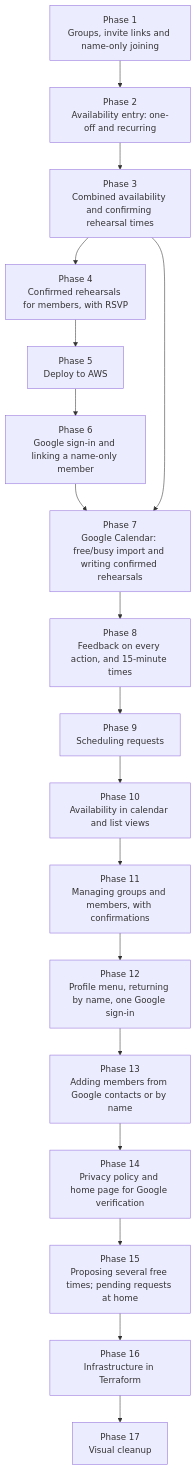
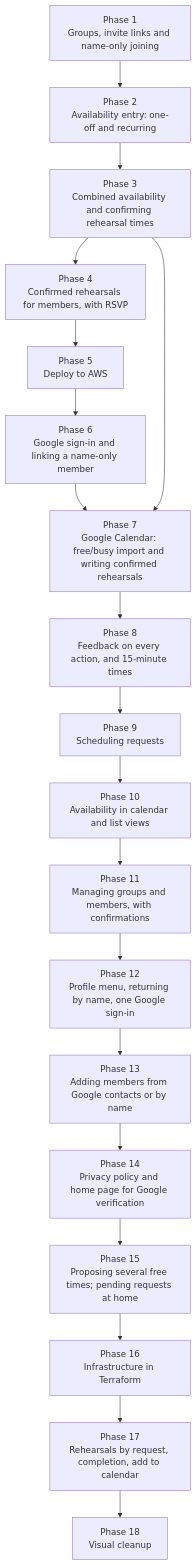
One commit to leifdalan/music-chairs changed the diagram in plan/INDEX.md. Above: the diagram before and after it, drawn with Mermaid. The commit also changed other lines of this file and 36 other files, not shown here.

First line of the commit message:
Phase 17: rehearsals grouped by request, with completion and add to calendar

````diff
--- a/plan/INDEX.md
+++ b/plan/INDEX.md
@@ -27,23 +27,24 @@
 ```mermaid
 graph TD
     P1[Phase 1<br/>Groups, invite links and name-only joining]
     P2[Phase 2<br/>Availability entry: one-off and recurring]
     P3[Phase 3<br/>Combined availability and confirming rehearsal times]
     P4[Phase 4<br/>Confirmed rehearsals for members, with RSVP]
     P5[Phase 5<br/>Deploy to AWS]
     P6[Phase 6<br/>Google sign-in and linking a name-only member]
     P7[Phase 7<br/>Google Calendar: free/busy import and writing confirmed rehearsals]
     P8[Phase 8<br/>Feedback on every action, and 15-minute times]
     P9[Phase 9<br/>Scheduling requests]
     P10[Phase 10<br/>Availability in calendar and list views]
     P11[Phase 11<br/>Managing groups and members, with confirmations]
     P12[Phase 12<br/>Profile menu, returning by name, one Google sign-in]
     P13[Phase 13<br/>Adding members from Google contacts or by name]
     P14[Phase 14<br/>Privacy policy and home page for Google verification]
     P15[Phase 15<br/>Proposing several free times; pending requests at home]
     P16[Phase 16<br/>Infrastructure in Terraform]
-    P17[Phase 17<br/>Visual cleanup]
+    P17[Phase 17<br/>Rehearsals by request, completion, add to calendar]
+    P18[Phase 18<br/>Visual cleanup]
     P1 --> P2 --> P3 --> P4 --> P5 --> P6 --> P7
     P3 --> P7
-    P7 --> P8 --> P9 --> P10 --> P11 --> P12 --> P13 --> P14 --> P15 --> P16 --> P17
+    P7 --> P8 --> P9 --> P10 --> P11 --> P12 --> P13 --> P14 --> P15 --> P16 --> P17 --> P18
 ```
````
